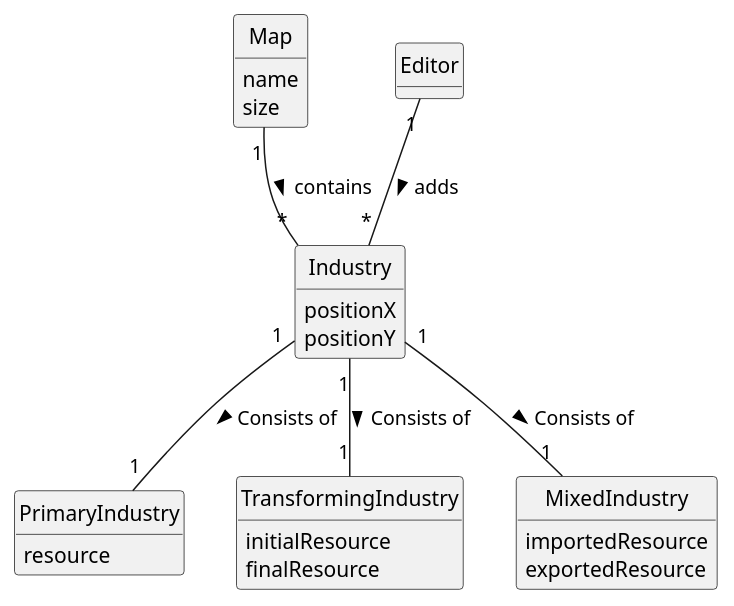
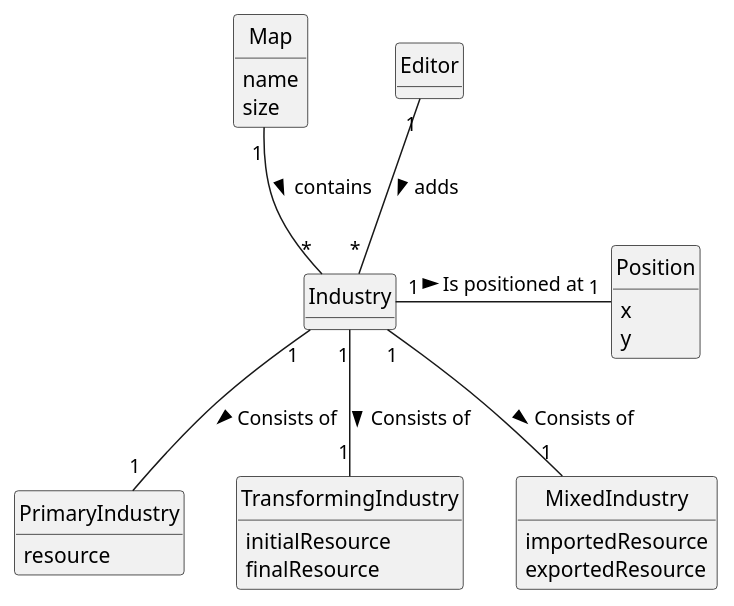
One commit to bruno-monteiro5/sem2-pi-24.25-g132-repo changed the diagram in docs/system-documentation/US002/02.analysis/puml/US002-DM.puml. Above: the diagram before and after it, drawn with PlantUML. The commit also changed 2 other files, not shown here.

Commit message:
some changes in the analysis of us002 and constructor Industry created

```diff
--- a/docs/system-documentation/US002/02.analysis/puml/US002-DM.puml
+++ b/docs/system-documentation/US002/02.analysis/puml/US002-DM.puml
@@ -1,51 +1,55 @@
 @startuml
 skinparam monochrome true
 skinparam packageStyle rectangle
 skinparam shadowing false
 
 'left to right direction
 
 skinparam classAttributeIconSize 0
 
 hide circle
 hide methods
 
 'title Domain Model
 
 class Map {
     name
     size
 }
 
 class Industry {
-    positionX
-    positionY
 }
 
 class PrimaryIndustry {
     resource
 }
 
 class TransformingIndustry {
     initialResource
     finalResource
 }
 
 class MixedIndustry {
     importedResource
     exportedResource
 }
 
 class Editor {
 }
 
+class Position {
+x
+y
+}
+
 
 Editor "1" -- "*" Industry: adds >
 
 Map "1" -- "*" Industry : contains >
 Industry "1" -- "1" PrimaryIndustry : Consists of >
 Industry "1" -- "1" TransformingIndustry : Consists of >
 Industry "1" -- "1" MixedIndustry : Consists of >
+Industry "1" - "1" Position : Is positioned at >
 
 
 @enduml
```
